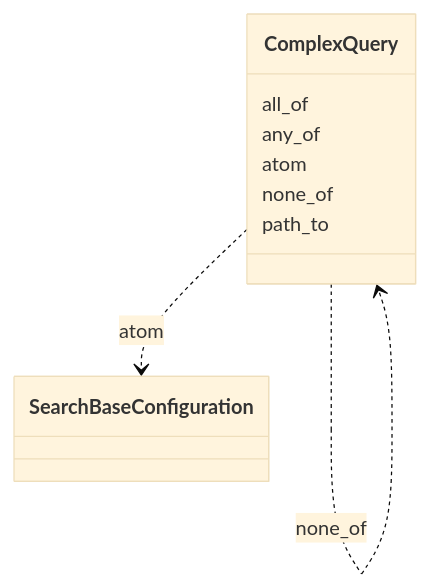
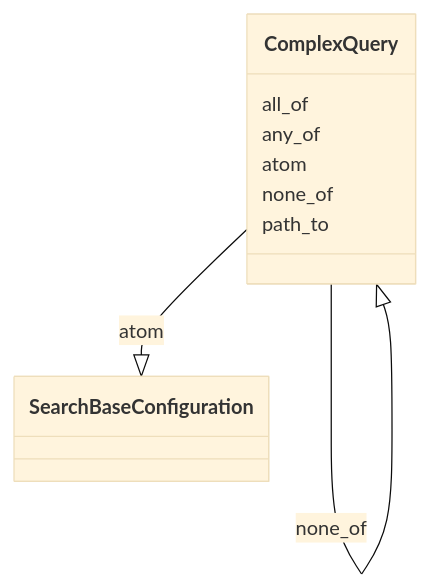
One commit to INCATools/ontology-access-kit changed the diagram in search/ComplexQuery.md. Above: the diagram before and after it, drawn with Mermaid (base theme). The commit also changed 3011 other files, not shown here.

````diff
--- a/search/ComplexQuery.md
+++ b/search/ComplexQuery.md
@@ -9,23 +9,23 @@
 ```{mermaid}
  classDiagram
     class ComplexQuery
       ComplexQuery : all_of
         
-          ComplexQuery ..> ComplexQuery : all_of
+          ComplexQuery --|> ComplexQuery : all_of
         
       ComplexQuery : any_of
         
-          ComplexQuery ..> ComplexQuery : any_of
+          ComplexQuery --|> ComplexQuery : any_of
         
       ComplexQuery : atom
         
-          ComplexQuery ..> SearchBaseConfiguration : atom
+          ComplexQuery --|> SearchBaseConfiguration : atom
         
       ComplexQuery : none_of
         
-          ComplexQuery ..> ComplexQuery : none_of
+          ComplexQuery --|> ComplexQuery : none_of
         
       ComplexQuery : path_to
         
       
 ```
````
